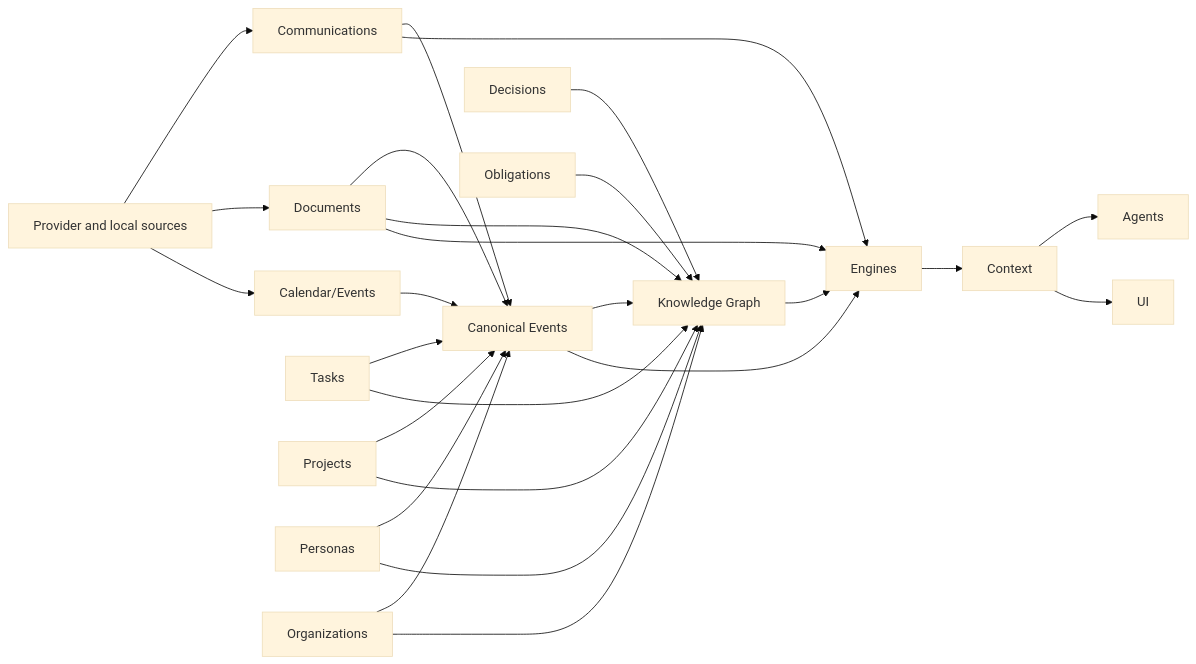
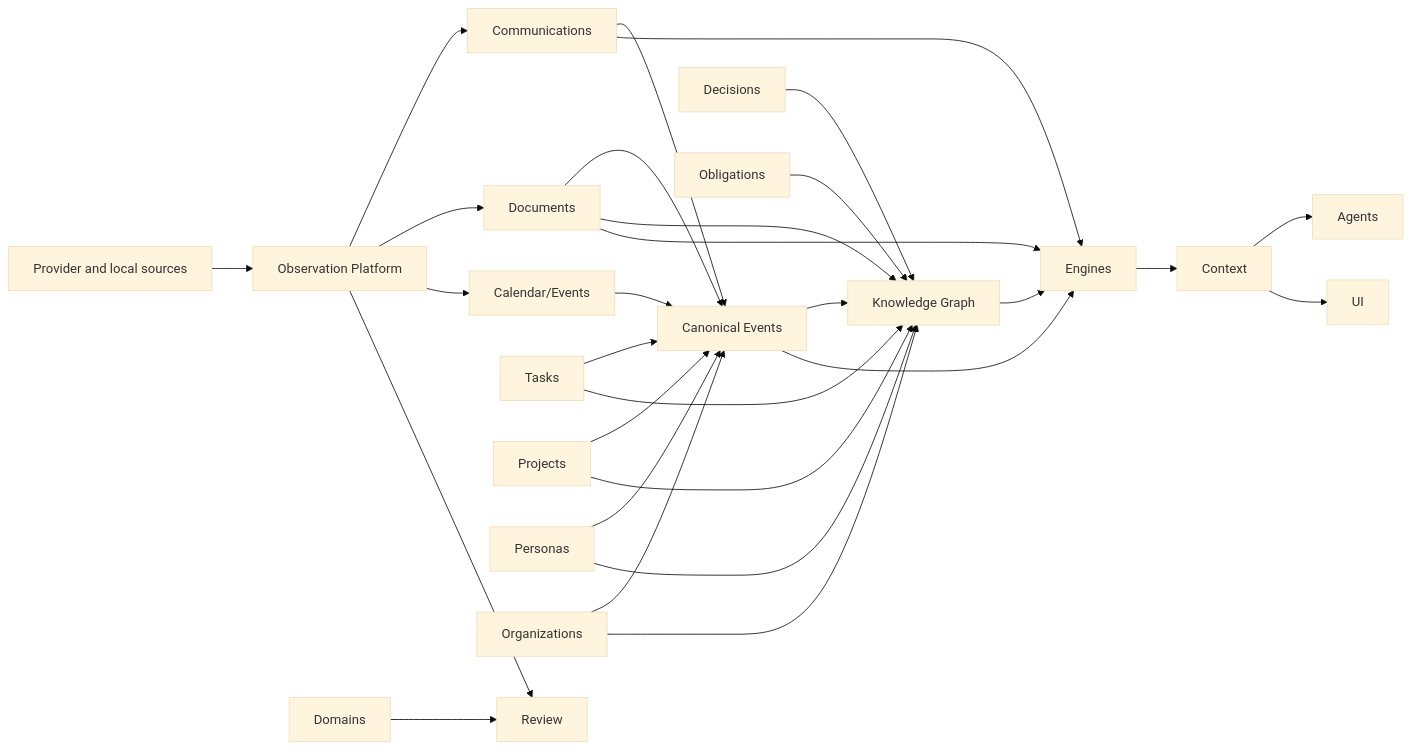
The diagram in docs/foundation/domain-map.md (Mesteriis/hermes-os), drawn with Mermaid (base theme) before and after one commit. The commit also changed other lines of this file and 636 other files, not shown here.

Commit message:
Refactor canonical evidence and review architecture

````diff
--- a/docs/foundation/domain-map.md
+++ b/docs/foundation/domain-map.md
@@ -58,32 +63,36 @@
 ```mermaid
 flowchart LR
-    Sources["Provider and local sources"] --> Communications
-    Sources --> Documents
-    Sources --> Calendar["Calendar/Events"]
+    Sources["Provider and local sources"] --> Observations["Observation Platform"]
+    Observations --> Communications
+    Observations --> Documents
+    Observations --> Calendar["Calendar/Events"]
 
     Communications --> Events["Canonical Events"]
     Documents --> Events
     Calendar --> Events
     Tasks --> Events
     Projects --> Events
     Personas --> Events
     Organizations --> Events
 
     Events --> Graph["Knowledge Graph"]
     Personas --> Graph
     Organizations --> Graph
     Projects --> Graph
     Documents --> Graph
     Tasks --> Graph
     Decisions --> Graph
     Obligations --> Graph
 
+    Domains["Domains"] --> Review
+    Observations --> Review
+
     Graph --> Engines
     Events --> Engines
     Documents --> Engines
     Communications --> Engines
 
     Engines --> Context["Context"]
     Context --> Agents
     Context --> UI
 ```
````
